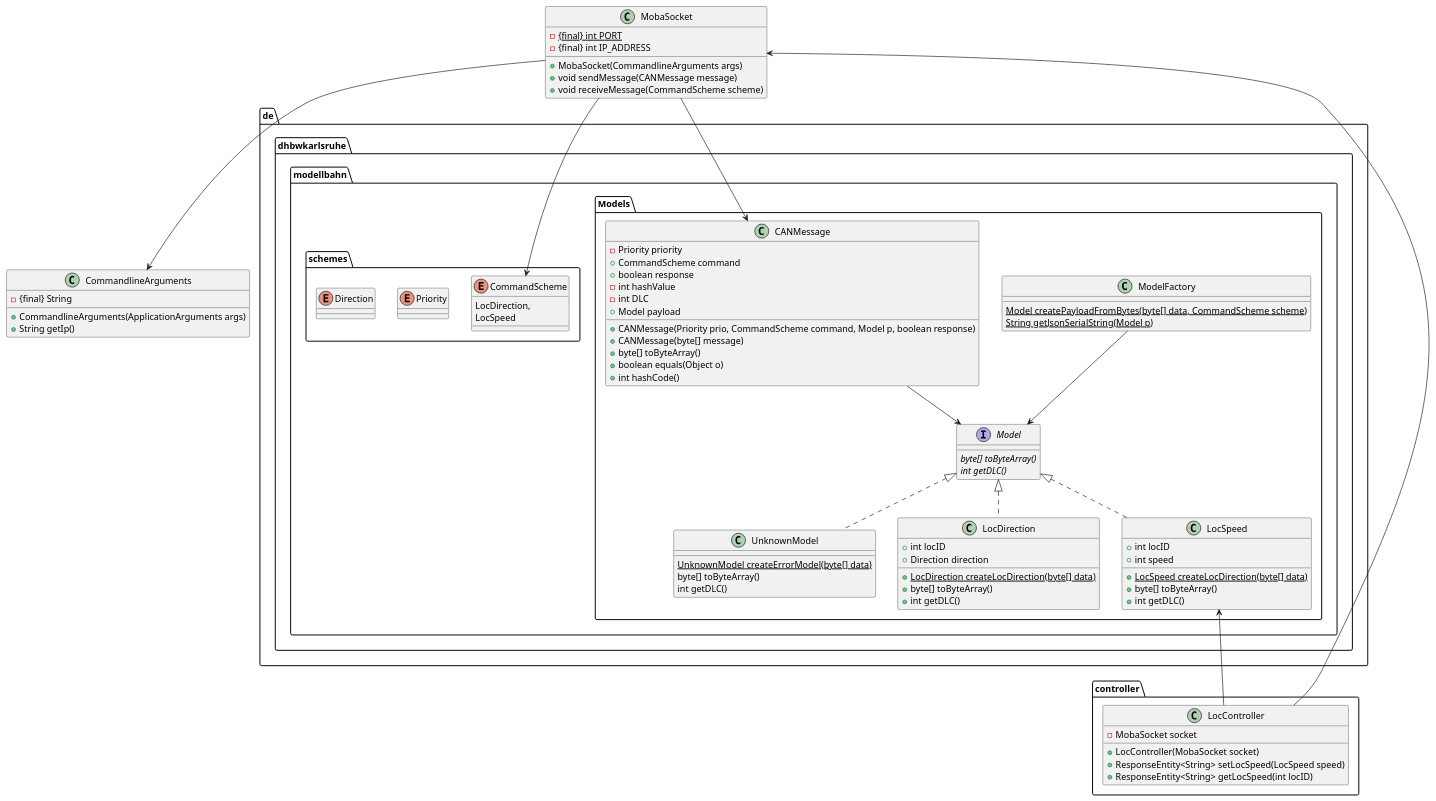
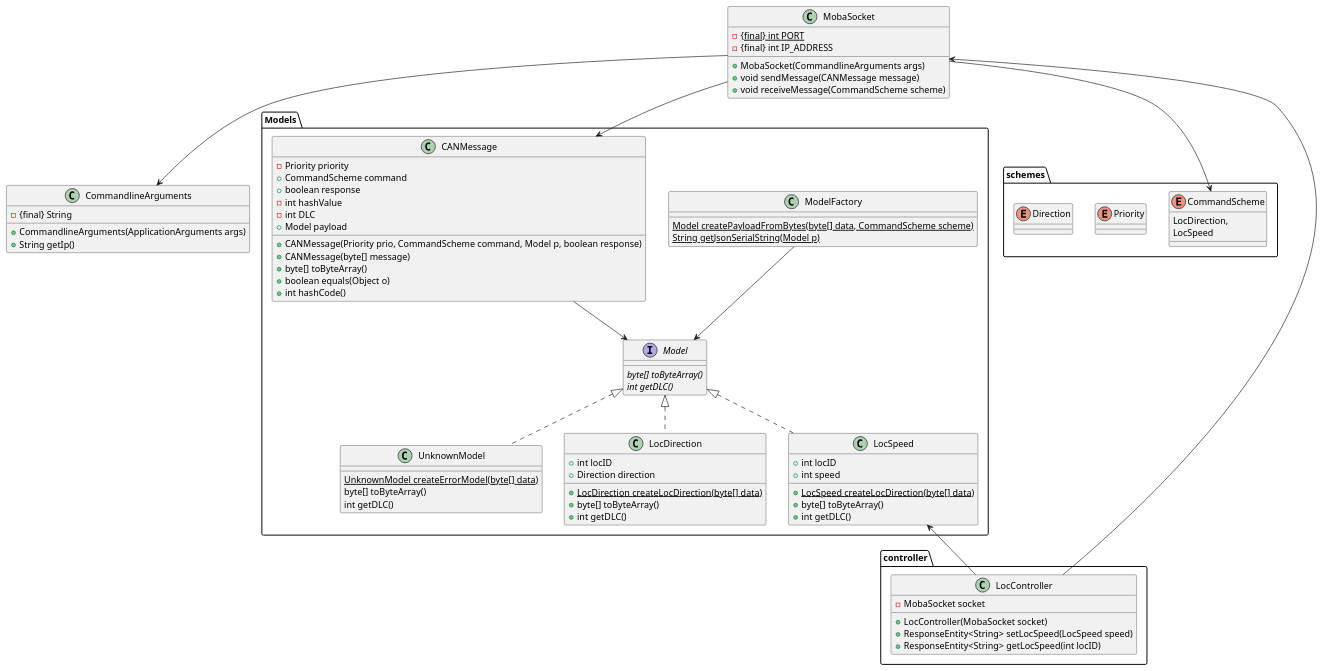
One commit to dhbw-moba-dashboard/moba-dashboard changed the diagram in backend/src/main/java/de/dhbwkarlsruhe/modellbahn/Architektur.puml. Above: the diagram before and after it, drawn with PlantUML. The commit also changed 17 other files, not shown here.

```diff
--- a/backend/src/main/java/de/dhbwkarlsruhe/modellbahn/Architektur.puml
+++ b/backend/src/main/java/de/dhbwkarlsruhe/modellbahn/Architektur.puml
@@ -1,87 +1,87 @@
 @startuml
 
-package de.dhbwkarlsruhe.modellbahn.Models {
+package Models {
     interface Model {
         {abstract} byte[] toByteArray()
         {abstract} int getDLC()
     }
 
     class ModelFactory {
         {static} Model createPayloadFromBytes(byte[] data, CommandScheme scheme)
         {static} String getJsonSerialString(Model p)
     }
 
     class UnknownModel {
         {static} UnknownModel createErrorModel(byte[] data)
         byte[] toByteArray()
         int getDLC()
     }
 
     class CANMessage {
         - Priority priority
         + CommandScheme command
         + boolean response
         - int hashValue
         - int DLC
         + Model payload
         + CANMessage(Priority prio, CommandScheme command, Model p, boolean response)
         + CANMessage(byte[] message)
         + byte[] toByteArray()
         + boolean equals(Object o)
         + int hashCode()
     }
 
     class LocDirection {
         + int locID
         + Direction direction
         + {static} LocDirection createLocDirection(byte[] data)
         + byte[] toByteArray()
         + int getDLC()
     }
     class LocSpeed {
             + int locID
             + int speed
             + {static} LocSpeed createLocDirection(byte[] data)
             + byte[] toByteArray()
             + int getDLC()
         }
     Model <|.. UnknownModel
     Model <|.. LocDirection
     Model <|.. LocSpeed
     CANMessage --> Model
     ModelFactory --> Model
 }
 package controller{
 class LocController{
     - MobaSocket socket
     + LocController(MobaSocket socket)
     + ResponseEntity<String> setLocSpeed(LocSpeed speed)
     + ResponseEntity<String> getLocSpeed(int locID)
 }
 }
 LocSpeed <-down- LocController
-package de.dhbwkarlsruhe.modellbahn.schemes {
+package schemes {
     enum CommandScheme {
     LocDirection,
     LocSpeed
     }
     enum Priority
     enum Direction
 }
 class MobaSocket{
     - {final} {static} int PORT
     - {final} int IP_ADDRESS
     + MobaSocket(CommandlineArguments args)
     + void sendMessage(CANMessage message)
     + void receiveMessage(CommandScheme scheme)
 }
 class CommandlineArguments{
     - {final} String
     + CommandlineArguments(ApplicationArguments args)
     + String getIp()
 }
 MobaSocket --> CommandlineArguments
 LocController --> MobaSocket
 MobaSocket --> CANMessage
 MobaSocket --> CommandScheme
 @enduml
```
